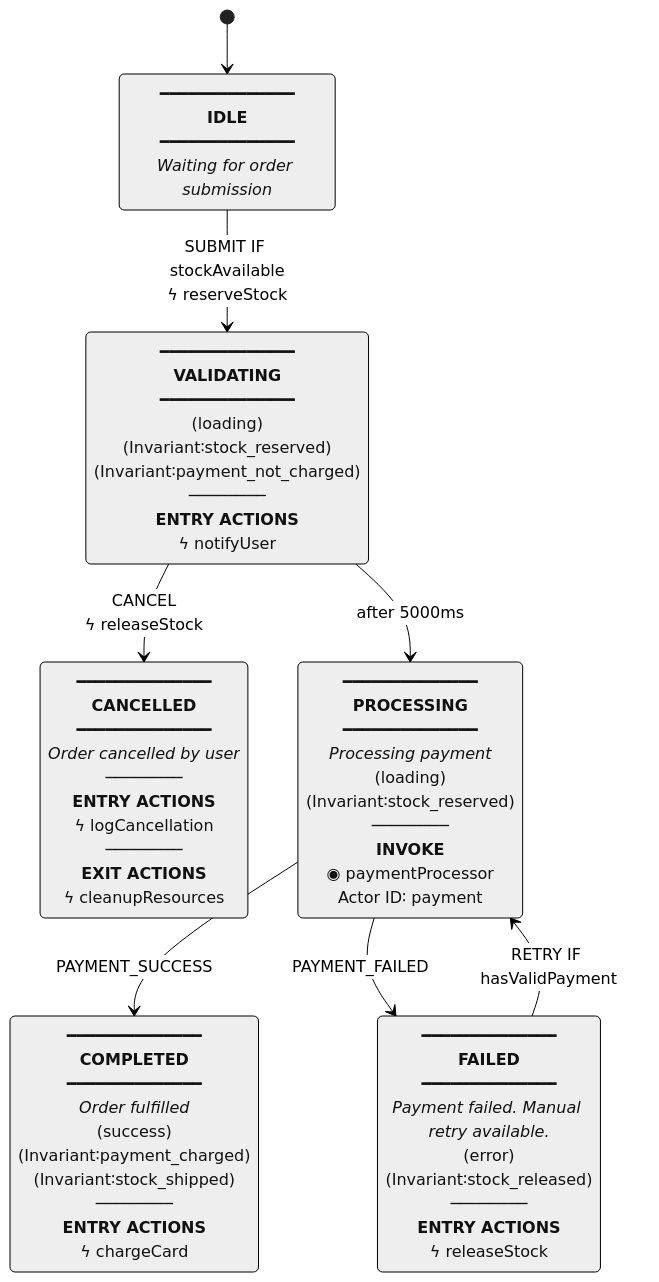
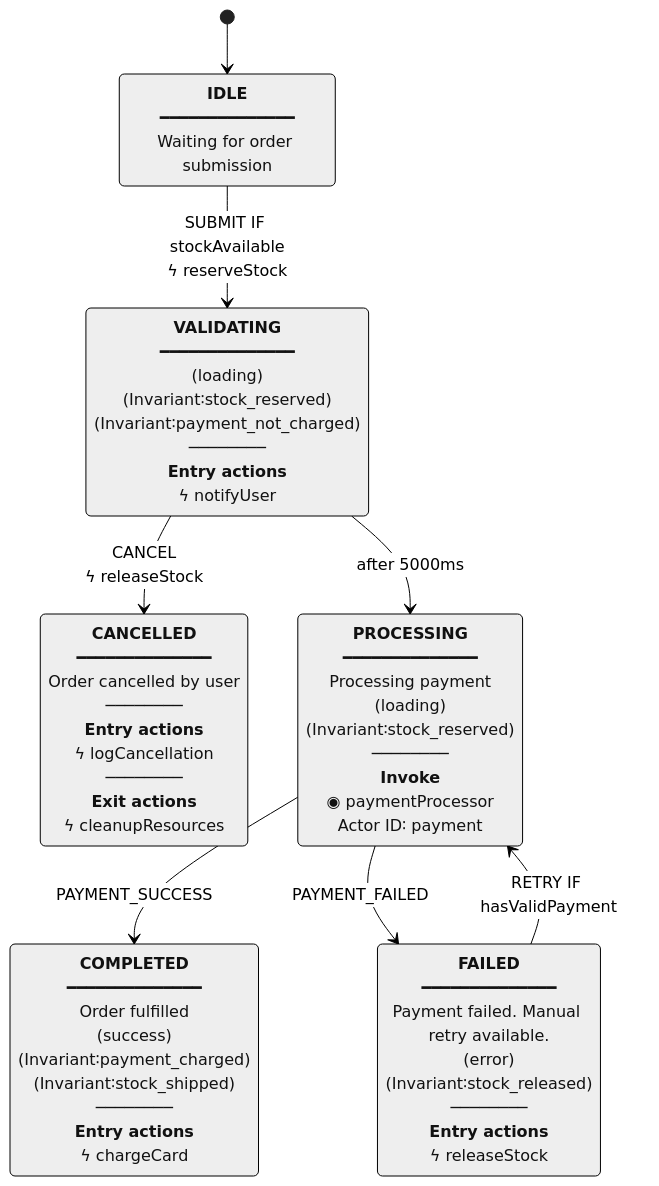
The diagram in README.md (zitongcharliedeng/xstate-ts-to-mermaid), drawn with Mermaid (neutral theme) before and after one commit. The commit also changed other lines of this file and 2 other files, not shown here.

Commit message:
fix: match Stately.ai reference UX exactly
- Remove top border line (keep only line below state name)
- Description as regular text (not italic)
- Section titles in Title Case: "Entry actions", "Exit actions", "Invoke"
- State names still UPPERCASE bold

🤖 Generated with [Claude Code](https://claude.com/claude-code)

````diff
--- a/README.md
+++ b/README.md
@@ -142,16 +142,16 @@
 ```mermaid
 stateDiagram-v2
     [*] --> idle
-    idle: ━━━━━━━━━━━━━━<br/><b>IDLE</b><br/>━━━━━━━━━━━━━━<br/><i>Waiting for order submission</i>
+    idle: <b>IDLE</b><br/>━━━━━━━━━━━━━━<br/>Waiting for order submission
     idle --> validating: SUBMIT IF stockAvailable<br/>ϟ reserveStock
-    validating: ━━━━━━━━━━━━━━<br/><b>VALIDATING</b><br/>━━━━━━━━━━━━━━<br/>(loading)<br/>(Invariant∶stock_reserved)<br/>(Invariant∶payment_not_charged)<br/>────────<br/><b>ENTRY ACTIONS</b><br/>ϟ notifyUser
+    validating: <b>VALIDATING</b><br/>━━━━━━━━━━━━━━<br/>(loading)<br/>(Invariant∶stock_reserved)<br/>(Invariant∶payment_not_charged)<br/>────────<br/><b>Entry actions</b><br/>ϟ notifyUser
     validating --> cancelled: CANCEL<br/>ϟ releaseStock
     validating --> processing: after 5000ms
-    processing: ━━━━━━━━━━━━━━<br/><b>PROCESSING</b><br/>━━━━━━━━━━━━━━<br/><i>Processing payment</i><br/>(loading)<br/>(Invariant∶stock_reserved)<br/>────────<br/><b>INVOKE</b><br/>◉ paymentProcessor<br/>Actor ID∶ payment
+    processing: <b>PROCESSING</b><br/>━━━━━━━━━━━━━━<br/>Processing payment<br/>(loading)<br/>(Invariant∶stock_reserved)<br/>────────<br/><b>Invoke</b><br/>◉ paymentProcessor<br/>Actor ID∶ payment
     processing --> completed: PAYMENT_SUCCESS
     processing --> failed: PAYMENT_FAILED
-    completed: ━━━━━━━━━━━━━━<br/><b>COMPLETED</b><br/>━━━━━━━━━━━━━━<br/><i>Order fulfilled</i><br/>(success)<br/>(Invariant∶payment_charged)<br/>(Invariant∶stock_shipped)<br/>────────<br/><b>ENTRY ACTIONS</b><br/>ϟ chargeCard
-    failed: ━━━━━━━━━━━━━━<br/><b>FAILED</b><br/>━━━━━━━━━━━━━━<br/><i>Payment failed. Manual retry available.</i><br/>(error)<br/>(Invariant∶stock_released)<br/>────────<br/><b>ENTRY ACTIONS</b><br/>ϟ releaseStock
+    completed: <b>COMPLETED</b><br/>━━━━━━━━━━━━━━<br/>Order fulfilled<br/>(success)<br/>(Invariant∶payment_charged)<br/>(Invariant∶stock_shipped)<br/>────────<br/><b>Entry actions</b><br/>ϟ chargeCard
+    failed: <b>FAILED</b><br/>━━━━━━━━━━━━━━<br/>Payment failed. Manual retry available.<br/>(error)<br/>(Invariant∶stock_released)<br/>────────<br/><b>Entry actions</b><br/>ϟ releaseStock
     failed --> processing: RETRY IF hasValidPayment
-    cancelled: ━━━━━━━━━━━━━━<br/><b>CANCELLED</b><br/>━━━━━━━━━━━━━━<br/><i>Order cancelled by user</i><br/>────────<br/><b>ENTRY ACTIONS</b><br/>ϟ logCancellation<br/>────────<br/><b>EXIT ACTIONS</b><br/>ϟ cleanupResources
+    cancelled: <b>CANCELLED</b><br/>━━━━━━━━━━━━━━<br/>Order cancelled by user<br/>────────<br/><b>Entry actions</b><br/>ϟ logCancellation<br/>────────<br/><b>Exit actions</b><br/>ϟ cleanupResources
 ```
````
